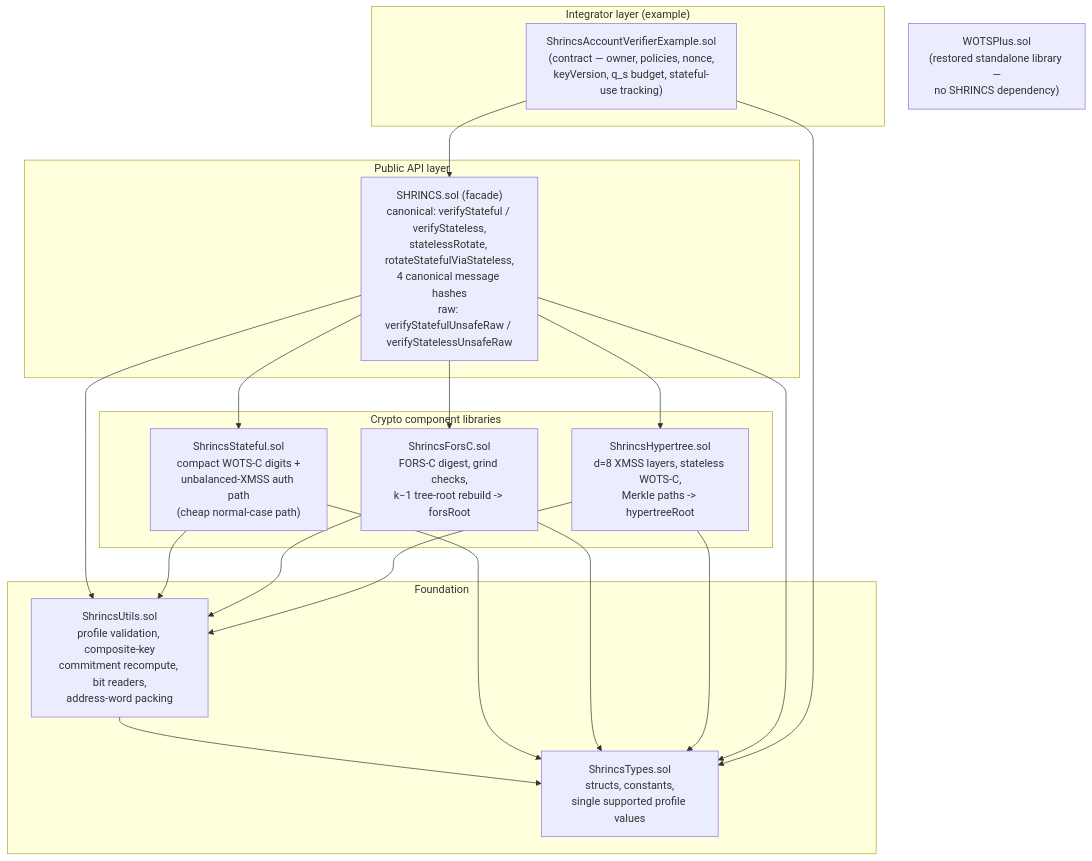
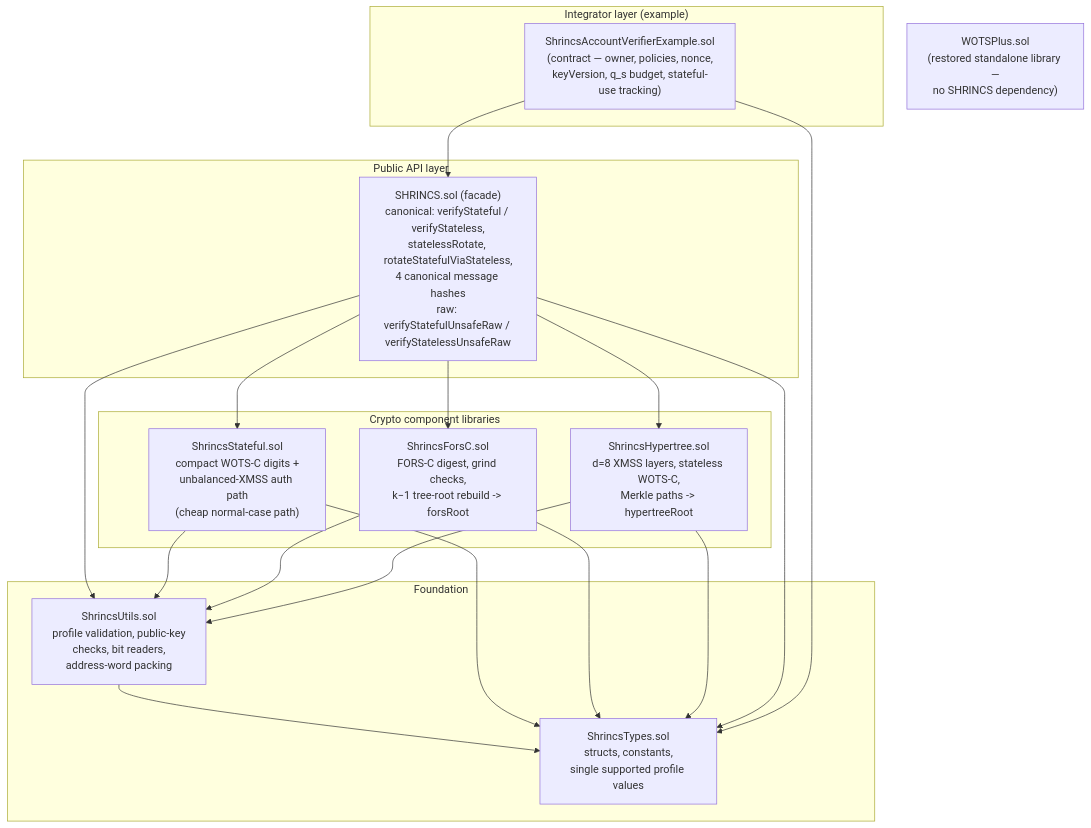
One commit to QuipNetwork/hashsigs-solidity changed the second of 2 diagrams in README.md. Above: the diagram before and after it, drawn with Mermaid. The commit also changed other lines of this file and 9 other files, not shown here.

Commit message:
implemented SK.prf and combined SK.seed for FOTS and hypertree per FIPS/SHRINCS documentations, removed   composite public key

````diff
--- a/README.md
+++ b/README.md
@@ -68,38 +68,38 @@
 ```mermaid
 graph TD
     subgraph "Integrator layer (example)"
         EX["ShrincsAccountVerifierExample.sol<br/>(contract — owner, policies, nonce,<br/>keyVersion, q_s budget, stateful-use tracking)"]
     end
 
     subgraph "Public API layer"
         FA["SHRINCS.sol (facade)<br/>canonical: verifyStateful / verifyStateless,<br/>statelessRotate, rotateStatefulViaStateless,<br/>4 canonical message hashes<br/>raw: verifyStatefulUnsafeRaw / verifyStatelessUnsafeRaw"]
     end
 
     subgraph "Crypto component libraries"
         ST["ShrincsStateful.sol<br/>compact WOTS-C digits +<br/>unbalanced-XMSS auth path<br/>(cheap normal-case path)"]
         FO["ShrincsForsC.sol<br/>FORS-C digest, grind checks,<br/>k−1 tree-root rebuild -> forsRoot"]
         HY["ShrincsHypertree.sol<br/>d=8 XMSS layers, stateless WOTS-C,<br/>Merkle paths -> hypertreeRoot"]
     end
 
     subgraph "Foundation"
-        UT["ShrincsUtils.sol<br/>profile validation, composite-key<br/>commitment recompute, bit readers,<br/>address-word packing"]
+        UT["ShrincsUtils.sol<br/>profile validation, public-key<br/>checks, bit readers,<br/>address-word packing"]
         TY["ShrincsTypes.sol<br/>structs, constants,<br/>single supported profile values"]
     end
 
     WP["WOTSPlus.sol<br/>(restored standalone library —<br/>no SHRINCS dependency)"]
 
     EX --> FA
     FA --> ST
     FA --> FO
     FA --> HY
     FA --> UT
     ST --> UT
     FO --> UT
     HY --> UT
     UT --> TY
     ST --> TY
     FO --> TY
     HY --> TY
     FA --> TY
     EX --> TY
 ```
````
